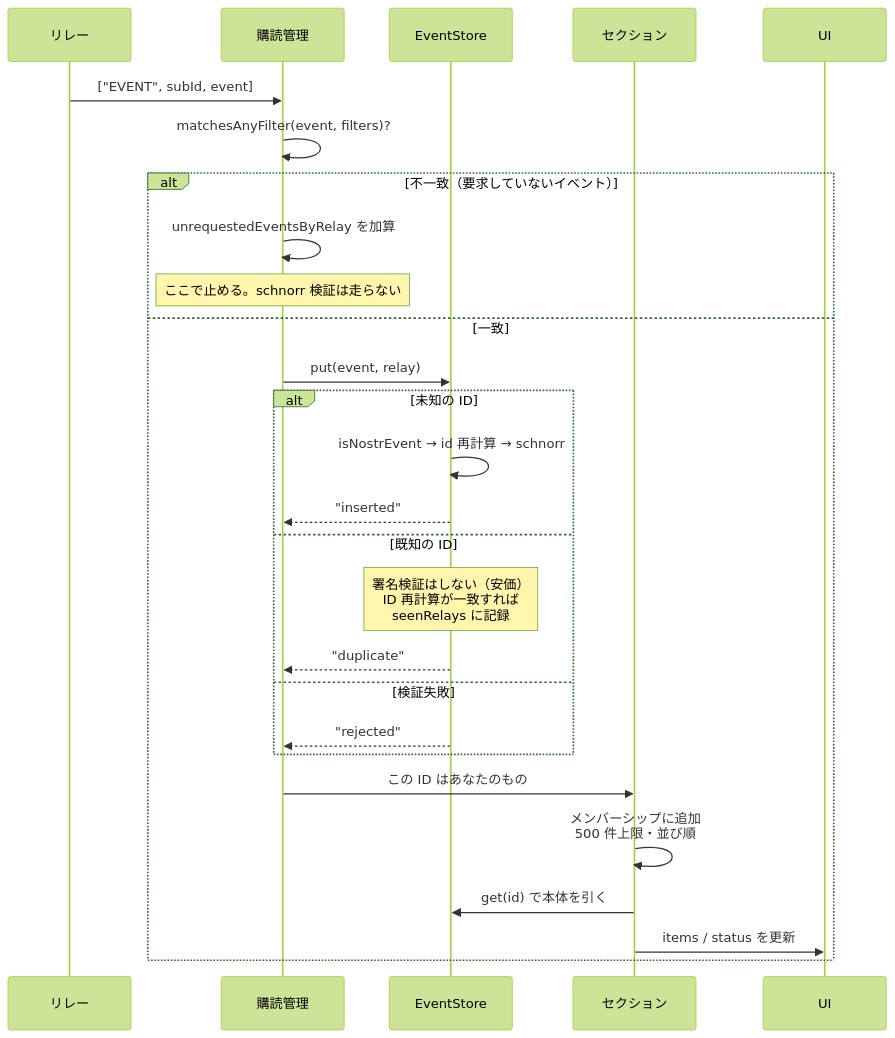
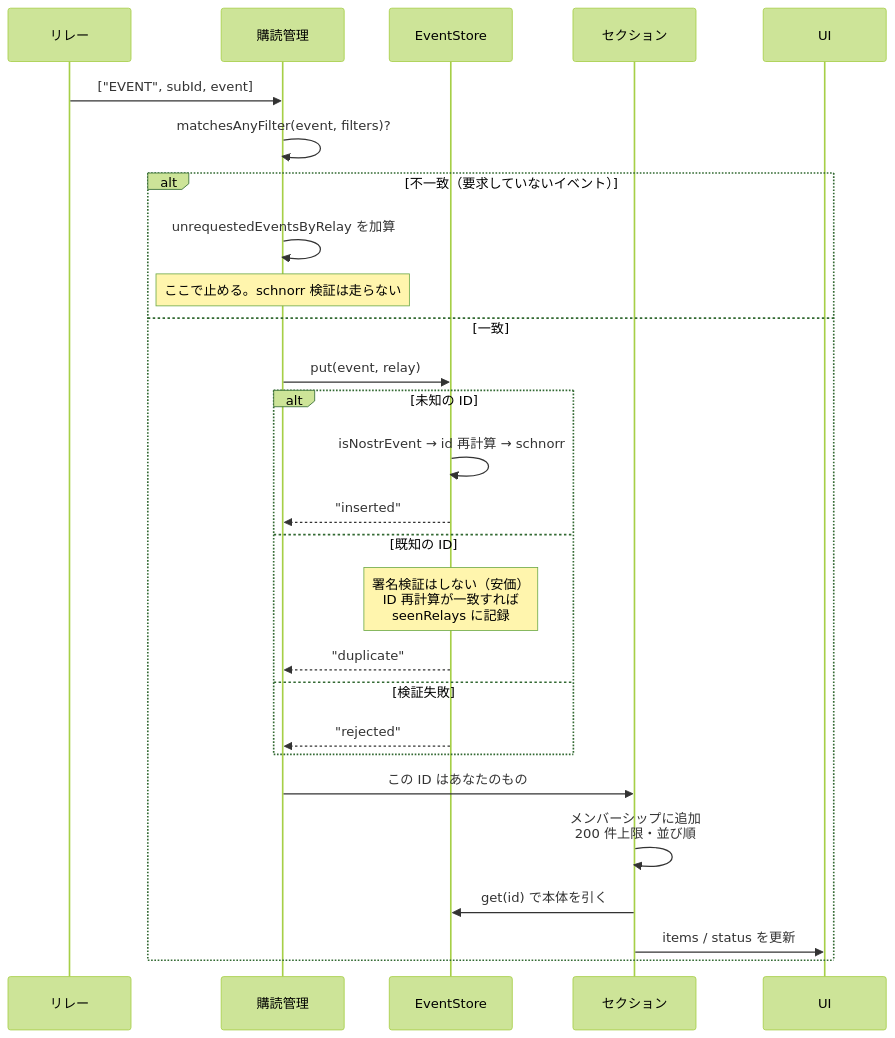
The fourth of 5 diagrams in docs/design/architecture.md (eyemono-moe/streets), drawn with Mermaid (forest theme) before and after one commit. The commit also changed other lines of this file and 3 other files, not shown here.

````diff
--- a/docs/design/architecture.md
+++ b/docs/design/architecture.md
@@ -169,30 +169,30 @@
 ```mermaid
 sequenceDiagram
   participant R as リレー
   participant SUB as 購読管理
   participant ES as EventStore
   participant SEC as セクション
   participant UI as UI
 
   R->>SUB: ["EVENT", subId, event]
   SUB->>SUB: matchesAnyFilter(event, filters)?
   alt 不一致（要求していないイベント）
     SUB->>SUB: unrequestedEventsByRelay を加算
     Note over SUB: ここで止める。schnorr 検証は走らない
   else 一致
     SUB->>ES: put(event, relay)
     alt 未知の ID
       ES->>ES: isNostrEvent → id 再計算 → schnorr
       ES-->>SUB: "inserted"
     else 既知の ID
       Note over ES: 署名検証はしない（安価）<br/>ID 再計算が一致すれば<br/>seenRelays に記録
       ES-->>SUB: "duplicate"
     else 検証失敗
       ES-->>SUB: "rejected"
     end
     SUB->>SEC: この ID はあなたのもの
-    SEC->>SEC: メンバーシップに追加<br/>500 件上限・並び順
+    SEC->>SEC: メンバーシップに追加<br/>200 件上限・並び順
     SEC->>ES: get(id) で本体を引く
     SEC->>UI: items / status を更新
   end
 ```
````
